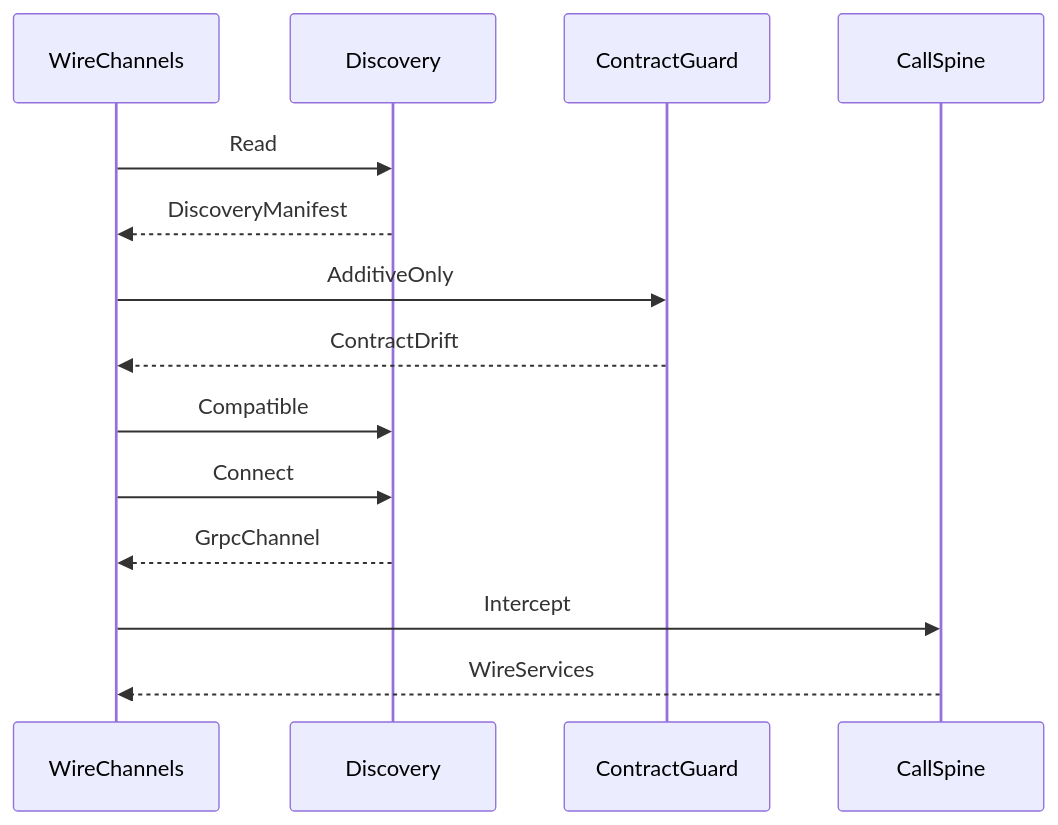
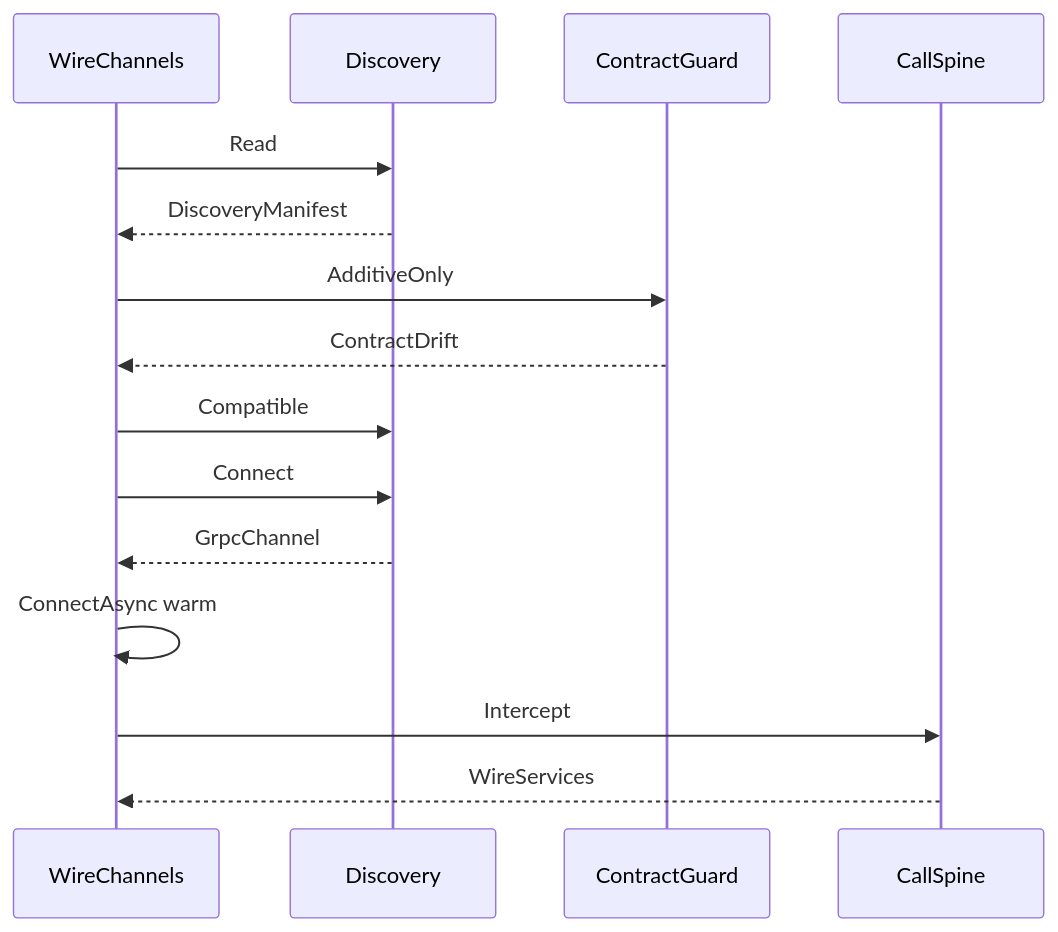
Before and after one commit to bsamiee/Rasm: the diagram in libs/csharp/Rasm.Compute/.planning/remote-lane.md, drawn with Mermaid. The commit also changed other lines of this file and 1 other file, not shown here.

Commit message:
execute(cs-compute): deep-enrich numeric-lane + remote-lane (validated pipeline) — FactorRoute/LowDiscrepancy/QuadratureRoute owned-builds + WireTransition/FrameEdge/CallSpine + DocumentService<->DocumentTransaction parity

````diff
--- a/libs/csharp/Rasm.Compute/.planning/remote-lane.md
+++ b/libs/csharp/Rasm.Compute/.planning/remote-lane.md
@@ -303,16 +421,17 @@
 ```mermaid
 sequenceDiagram
     participant WireChannels
     participant Discovery
     participant ContractGuard
     participant CallSpine
     WireChannels->>Discovery: Read
     Discovery-->>WireChannels: DiscoveryManifest
     WireChannels->>ContractGuard: AdditiveOnly
     ContractGuard-->>WireChannels: ContractDrift
     WireChannels->>Discovery: Compatible
     WireChannels->>Discovery: Connect
     Discovery-->>WireChannels: GrpcChannel
+    WireChannels->>WireChannels: ConnectAsync warm
     WireChannels->>CallSpine: Intercept
     CallSpine-->>WireChannels: WireServices
 ```
````
